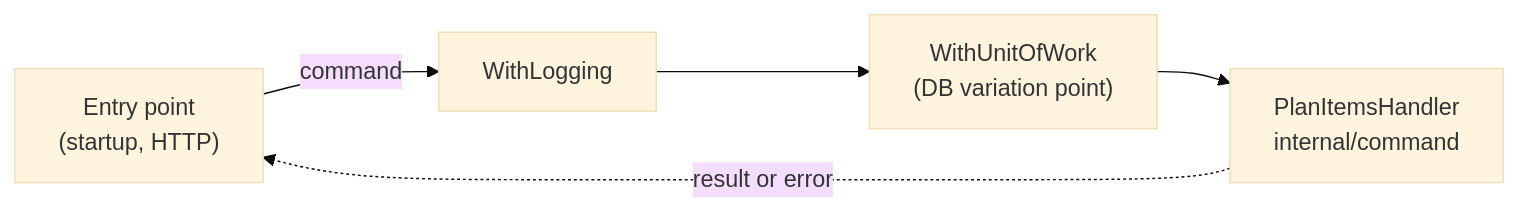
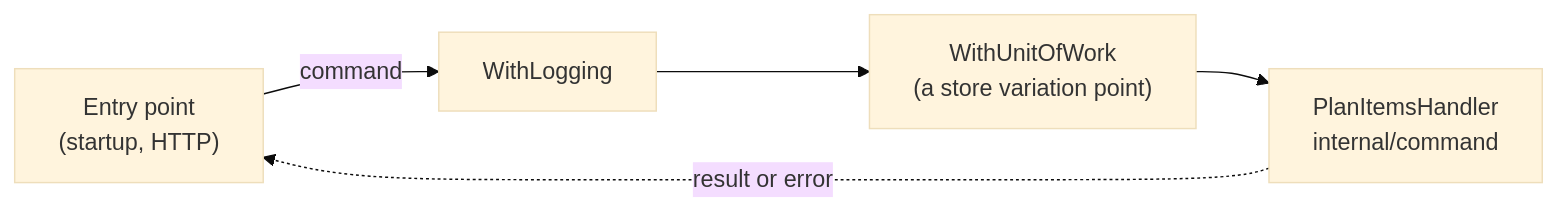
One commit to InsonusK/ai-skills changed the diagram in library/architecture/go/base-plateau-in-go.skill/glossary/pipeline.md. Above: the diagram before and after it, drawn with Mermaid (base theme). The commit also changed other lines of this file and 112 other files, not shown here.

Commit message:
go: base-plateau-extension-in-go with the sample access variation point; docs of the base and the VPs on the registry and entry factories

````diff
--- a/library/architecture/go/base-plateau-in-go.skill/glossary/pipeline.md
+++ b/library/architecture/go/base-plateau-in-go.skill/glossary/pipeline.md
@@ -13,7 +13,7 @@
 ```mermaid
 flowchart LR
     E["Entry point<br/>(startup, HTTP)"] -->|command| L["WithLogging"]
-    L --> U["WithUnitOfWork<br/>(DB variation point)"]
+    L --> U["WithUnitOfWork<br/>(a store variation point)"]
     U --> H["PlanItemsHandler<br/>internal/command"]
     H -. result or error .-> E
 ```
````
